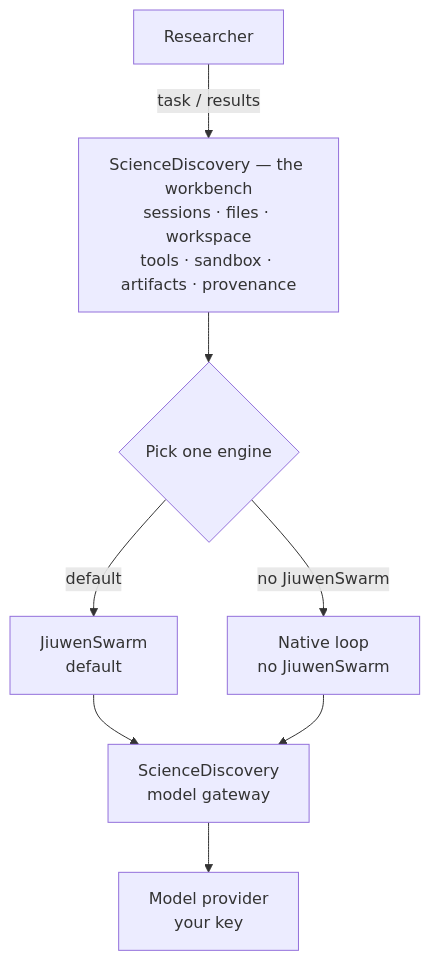
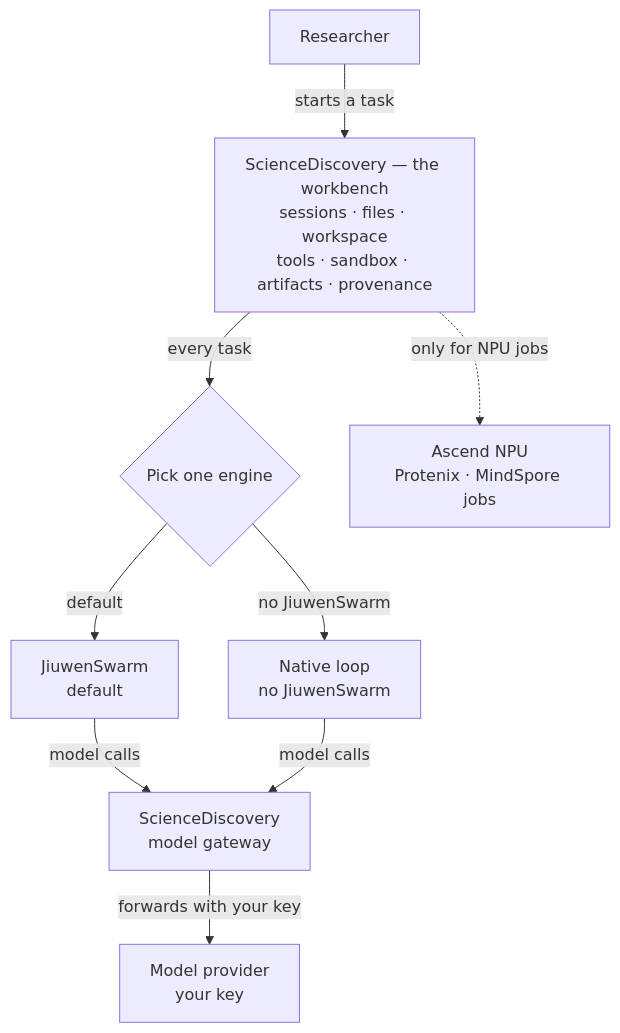
The first of 5 diagrams in company/sciencediscovery/overview.md (michaelatamuk/agentic-desk), drawn with Mermaid before and after one commit. The commit also changed other lines of this file, not shown here.

Commit message:
docs(company): show when ScienceDiscovery uses the engine and the NPU

````diff
--- a/company/sciencediscovery/overview.md
+++ b/company/sciencediscovery/overview.md
@@ -32,18 +32,20 @@
 ```mermaid
 flowchart TD
   R["Researcher"]
   SD["ScienceDiscovery — the workbench<br/>sessions · files · workspace<br/>tools · sandbox · artifacts · provenance"]
   M{"Pick one engine"}
   JS["JiuwenSwarm<br/>default"]
   NL["Native loop<br/>no JiuwenSwarm"]
   GW["ScienceDiscovery<br/>model gateway"]
   MP["Model provider<br/>your key"]
+  NPU["Ascend NPU<br/>Protenix · MindSpore jobs"]
 
-  R -->|"task / results"| SD
-  SD --> M
+  R -->|"starts a task"| SD
+  SD -->|"every task"| M
   M -->|"default"| JS
   M -->|"no JiuwenSwarm"| NL
-  JS --> GW
-  NL --> GW
-  GW --> MP
+  JS -->|"model calls"| GW
+  NL -->|"model calls"| GW
+  GW -->|"forwards with your key"| MP
+  SD -.->|"only for NPU jobs"| NPU
 ```
````
